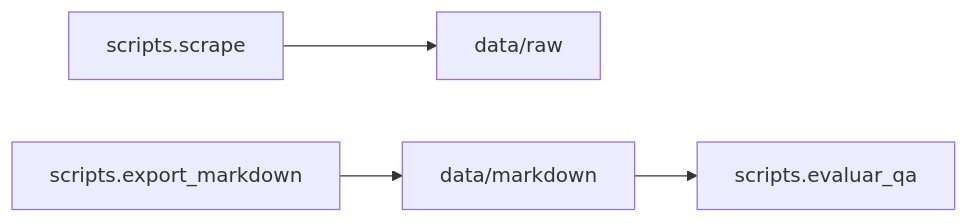
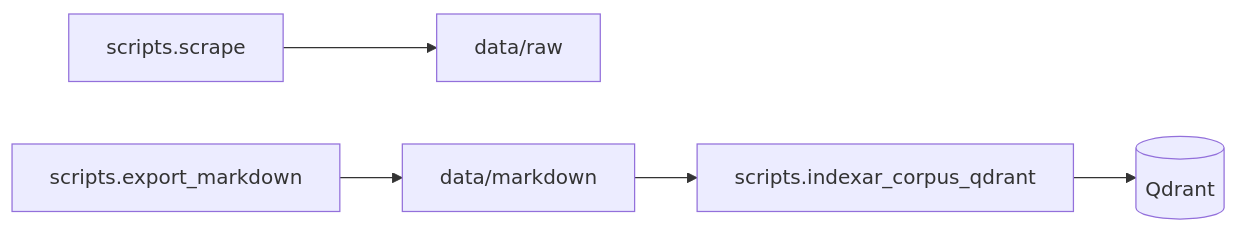
The diagram in scripts/README.md (frankdaza/uao_ia_cd_tecnicas_avanzadas_ia), drawn with Mermaid before and after one commit. The commit also changed other lines of this file and 113 other files, not shown here.

````diff
--- a/scripts/README.md
+++ b/scripts/README.md
@@ -22,11 +21,13 @@
 ```mermaid
 flowchart LR
   scrape[scripts.scrape]
   export[scripts.export_markdown]
-  eval[scripts.evaluar_qa]
+  idx[scripts.indexar_corpus_qdrant]
   raw[data/raw]
   md[data/markdown]
+  qd[(Qdrant)]
   scrape --> raw
   export --> md
-  md --> eval
+  md --> idx
+  idx --> qd
 ```
````
